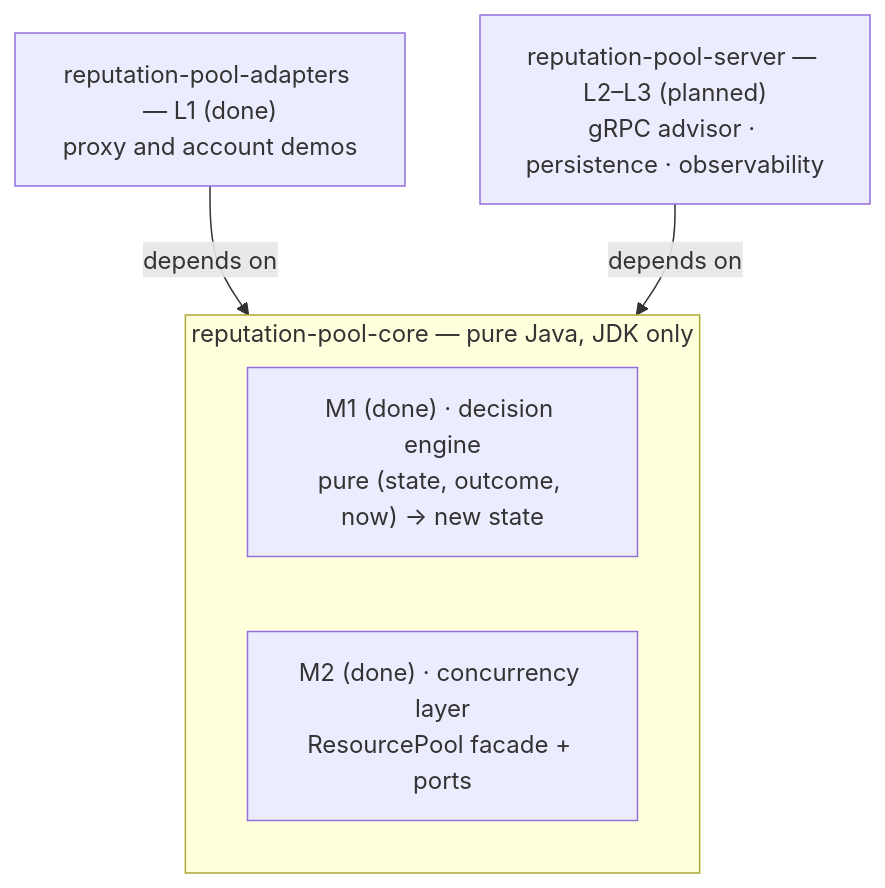
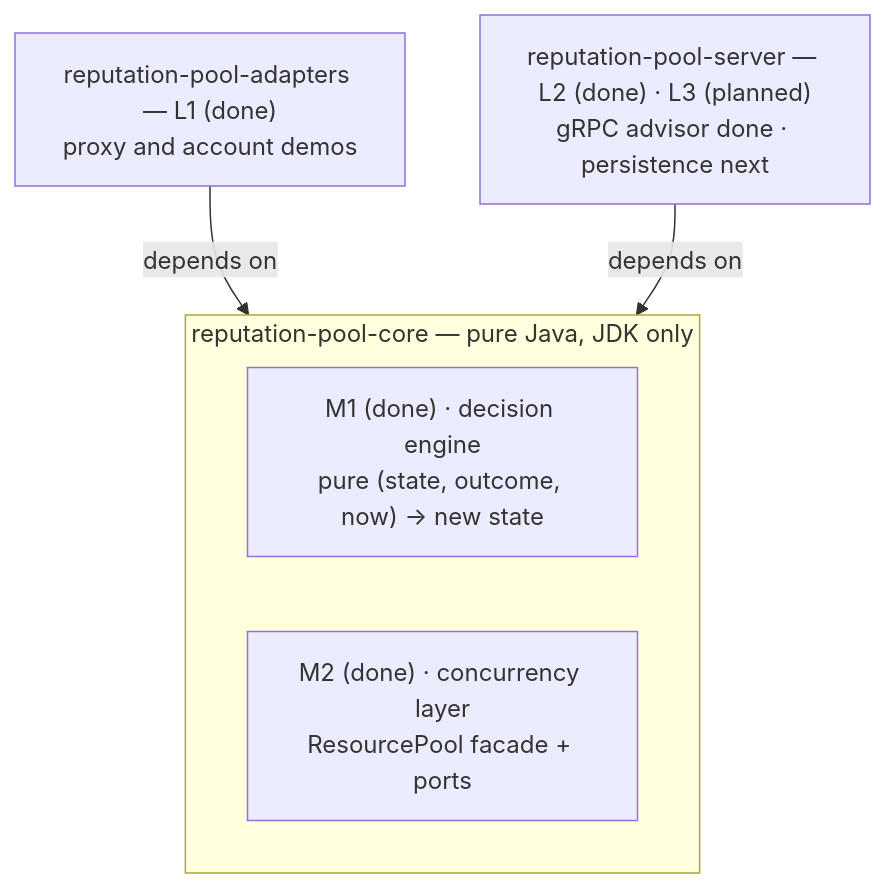
Before and after one commit to PreAgile/reputation-pool: the diagram in README.md, drawn with Mermaid. The commit also changed other lines of this file, not shown here.

Commit message:
docs: mark core module Done and reflect L2 done in the architecture diagram
Follows up the publish/L2 doc update: the modules table still marked core
"In progress" and the mermaid diagram still showed the server as "L2-L3
(planned)". Core (M1+M2) is published and L2 is merged (review on #37).

````diff
--- a/README.md
+++ b/README.md
@@ -97,13 +97,13 @@
 ```mermaid
 flowchart TB
     adapters["reputation-pool-adapters — L1 (done)<br/>proxy and account demos"]
-    server["reputation-pool-server — L2–L3 (planned)<br/>gRPC advisor · persistence · observability"]
+    server["reputation-pool-server — L2 (done) · L3 (planned)<br/>gRPC advisor done · persistence next"]
 
     subgraph core["reputation-pool-core — pure Java, JDK only"]
         M1["M1 (done) · decision engine<br/>pure (state, outcome, now) → new state"]
         M2["M2 (done) · concurrency layer<br/>ResourcePool facade + ports"]
     end
 
     adapters -->|depends on| core
     server -->|depends on| core
 ```
````
